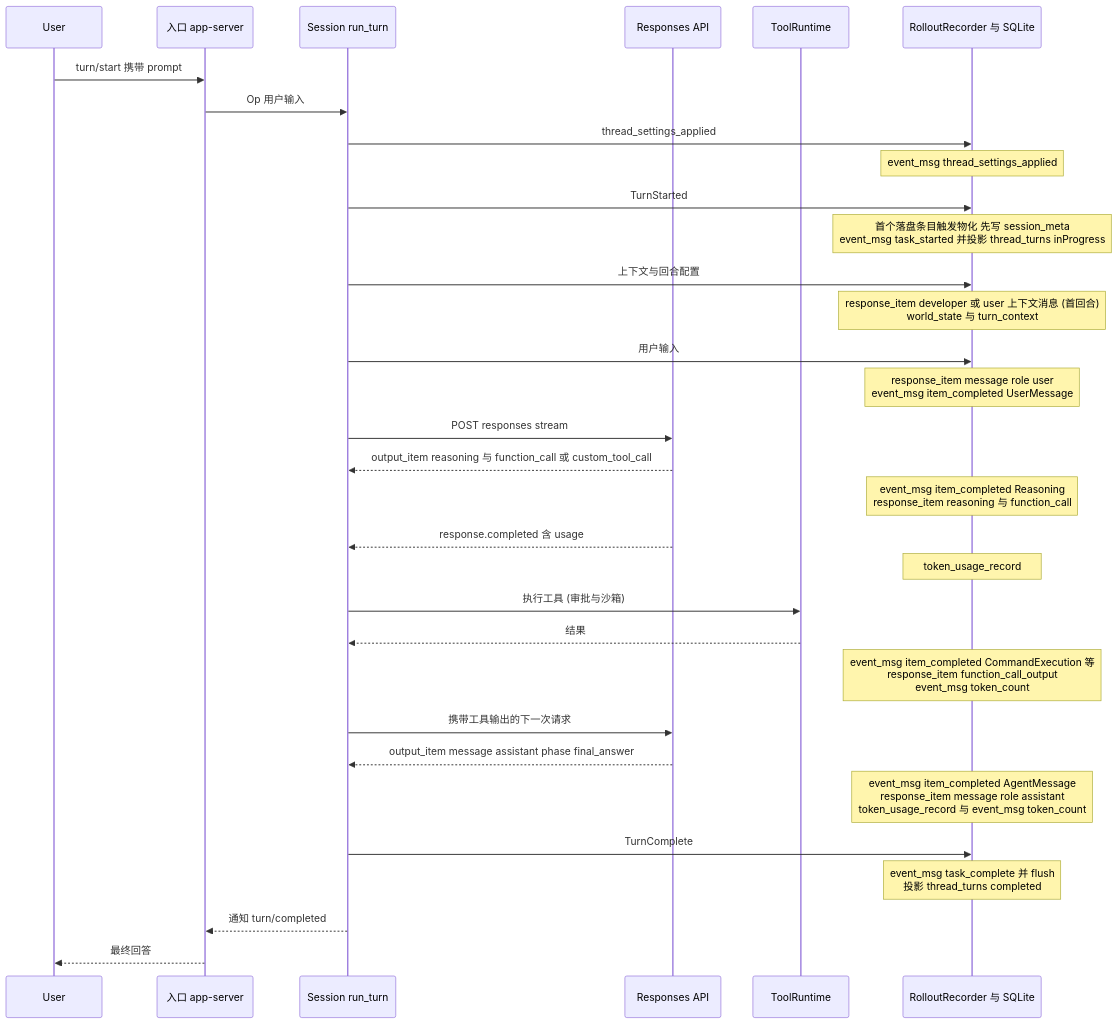
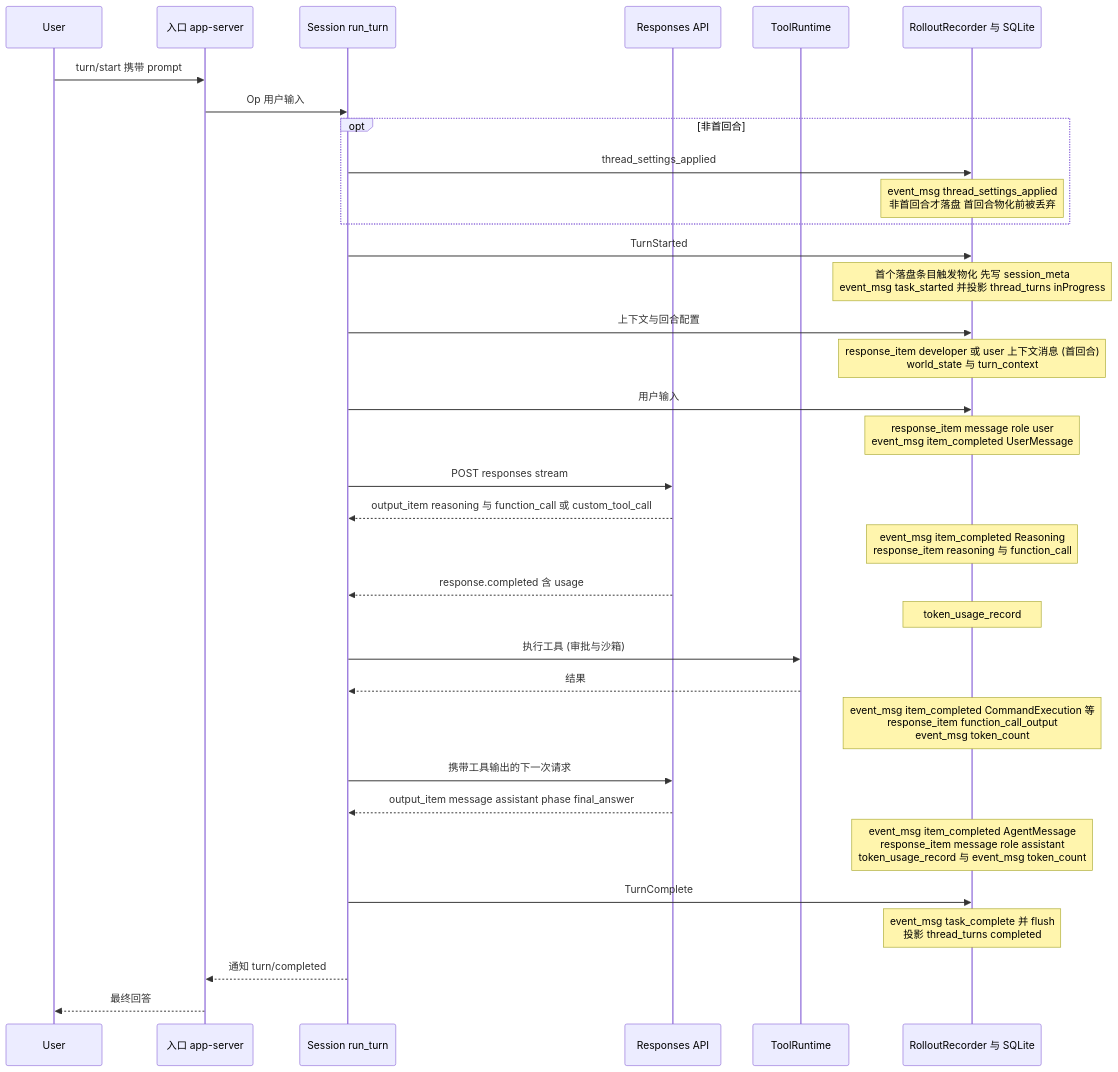
The second of 3 diagrams in docs/research/agent-sessions/codex.md (Orbit-Labs-AI/Orbit-Zhiyin), drawn with Mermaid before and after one commit. The commit also changed other lines of this file, not shown here.

````diff
--- a/docs/research/agent-sessions/codex.md
+++ b/docs/research/agent-sessions/codex.md
@@ -76,34 +76,36 @@
 ```mermaid
 sequenceDiagram
     participant User
     participant Entry as 入口 app-server
     participant Session as Session run_turn
     participant LLM as Responses API
     participant Tool as ToolRuntime
     participant Store as RolloutRecorder 与 SQLite
     User->>Entry: turn/start 携带 prompt
     Entry->>Session: Op 用户输入
-    Session->>Store: thread_settings_applied
-    Note over Store: event_msg thread_settings_applied
+    opt 非首回合
+        Session->>Store: thread_settings_applied
+        Note over Store: event_msg thread_settings_applied<br/>非首回合才落盘 首回合物化前被丢弃
+    end
     Session->>Store: TurnStarted
     Note over Store: 首个落盘条目触发物化 先写 session_meta<br/>event_msg task_started 并投影 thread_turns inProgress
     Session->>Store: 上下文与回合配置
     Note over Store: response_item developer 或 user 上下文消息 (首回合)<br/>world_state 与 turn_context
     Session->>Store: 用户输入
     Note over Store: response_item message role user<br/>event_msg item_completed UserMessage
     Session->>LLM: POST responses stream
     LLM-->>Session: output_item reasoning 与 function_call 或 custom_tool_call
     Note over Store: event_msg item_completed Reasoning<br/>response_item reasoning 与 function_call
     LLM-->>Session: response.completed 含 usage
     Note over Store: token_usage_record
     Session->>Tool: 执行工具 (审批与沙箱)
     Tool-->>Session: 结果
     Note over Store: event_msg item_completed CommandExecution 等<br/>response_item function_call_output<br/>event_msg token_count
     Session->>LLM: 携带工具输出的下一次请求
     LLM-->>Session: output_item message assistant phase final_answer
     Note over Store: event_msg item_completed AgentMessage<br/>response_item message role assistant<br/>token_usage_record 与 event_msg token_count
     Session->>Store: TurnComplete
     Note over Store: event_msg task_complete 并 flush<br/>投影 thread_turns completed
     Session-->>Entry: 通知 turn/completed
     Entry-->>User: 最终回答
 ```
````
